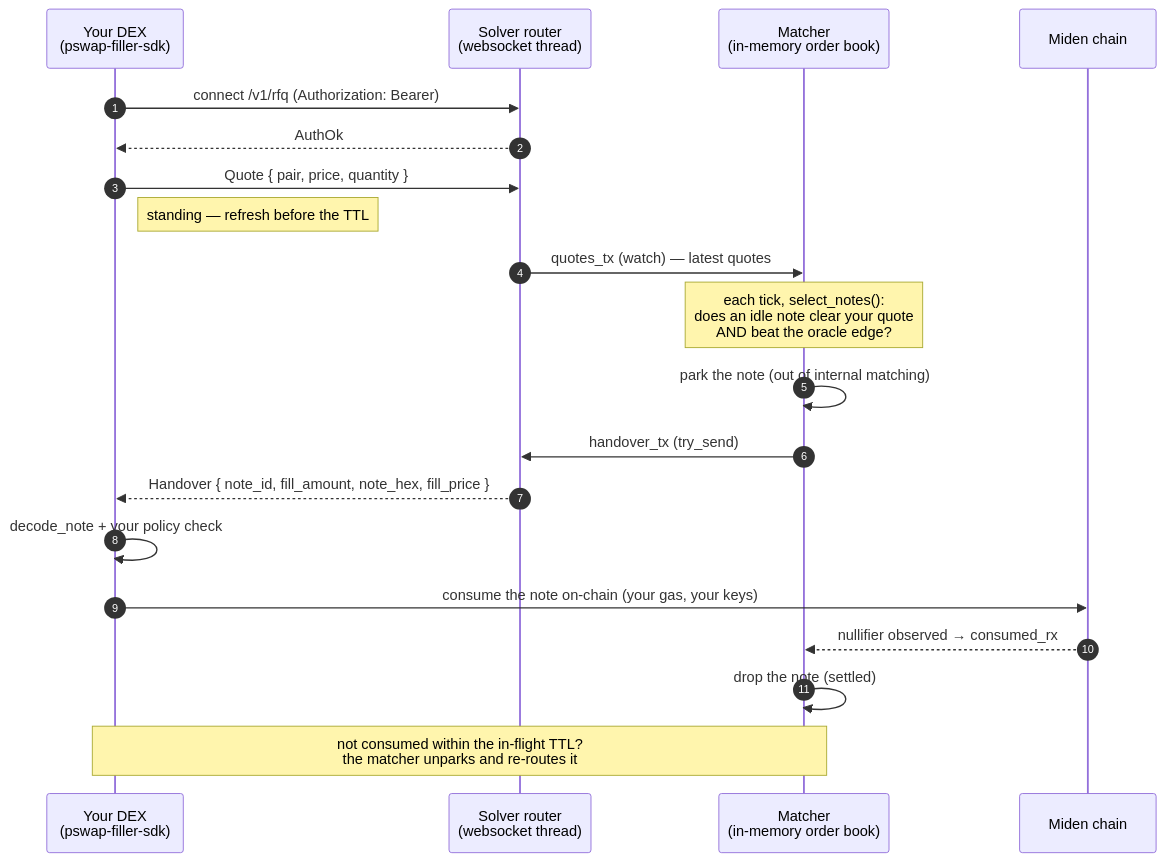
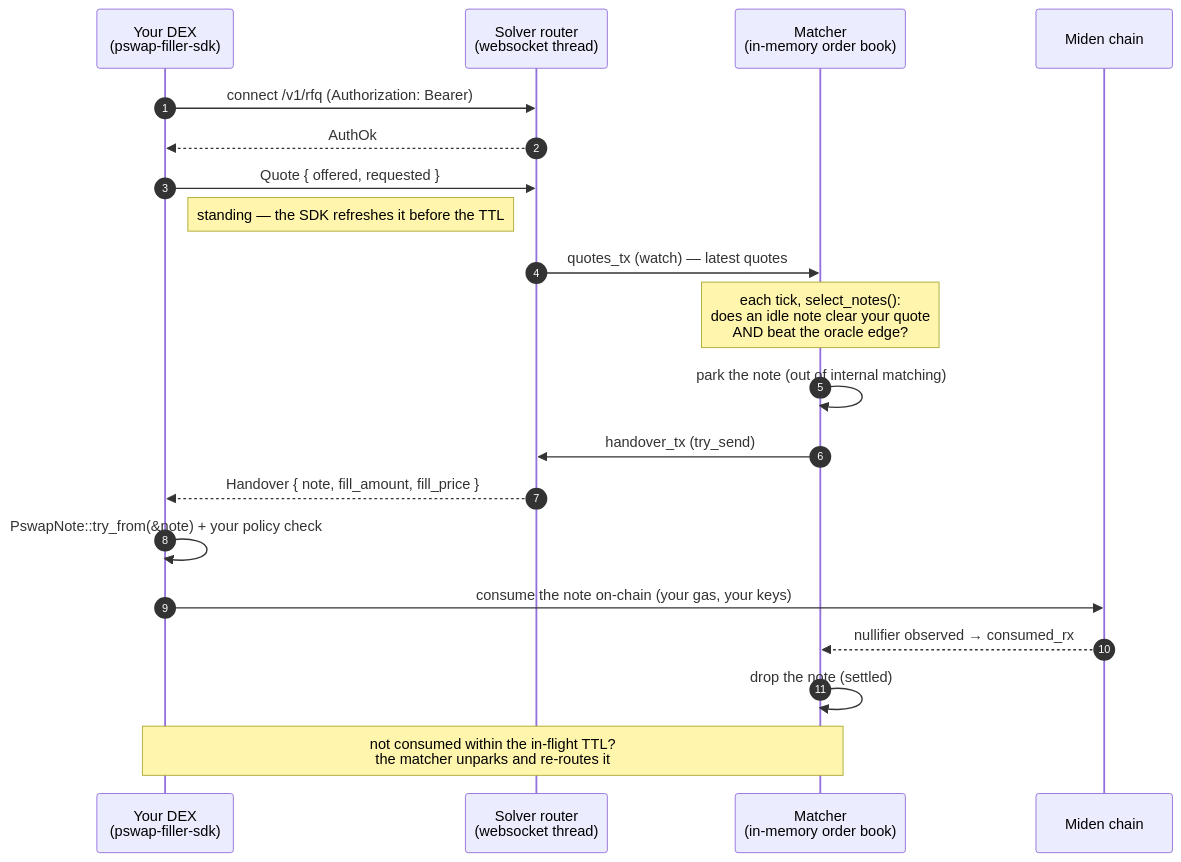
Before and after one commit to inicio-labs/solver: the diagram in crates/filler-sdk/README.md, drawn with Mermaid. The commit also changed other lines of this file and 2 other files, not shown here.

First line of the commit message:
filler-sdk docs: update for binary protocol + serve_quotes

````diff
--- a/crates/filler-sdk/README.md
+++ b/crates/filler-sdk/README.md
@@ -23,23 +25,23 @@
 ```mermaid
 sequenceDiagram
     autonumber
     participant D as Your DEX<br/>(pswap-filler-sdk)
     participant R as Solver router<br/>(websocket thread)
     participant M as Matcher<br/>(in-memory order book)
     participant C as Miden chain
 
     D->>R: connect /v1/rfq (Authorization: Bearer)
     R-->>D: AuthOk
-    D->>R: Quote { pair, price, quantity }
-    Note right of D: standing — refresh before the TTL
+    D->>R: Quote { offered, requested }
+    Note right of D: standing — the SDK refreshes it before the TTL
     R->>M: quotes_tx (watch) — latest quotes
     Note over M: each tick, select_notes():<br/>does an idle note clear your quote<br/>AND beat the oracle edge?
     M->>M: park the note (out of internal matching)
     M->>R: handover_tx (try_send)
-    R-->>D: Handover { note_id, fill_amount, note_hex, fill_price }
-    D->>D: decode_note + your policy check
+    R-->>D: Handover { note, fill_amount, fill_price }
+    D->>D: PswapNote::try_from(&note) + your policy check
     D->>C: consume the note on-chain (your gas, your keys)
     C-->>M: nullifier observed → consumed_rx
     M->>M: drop the note (settled)
     Note over D,M: not consumed within the in-flight TTL?<br/>the matcher unparks and re-routes it
 ```
````
